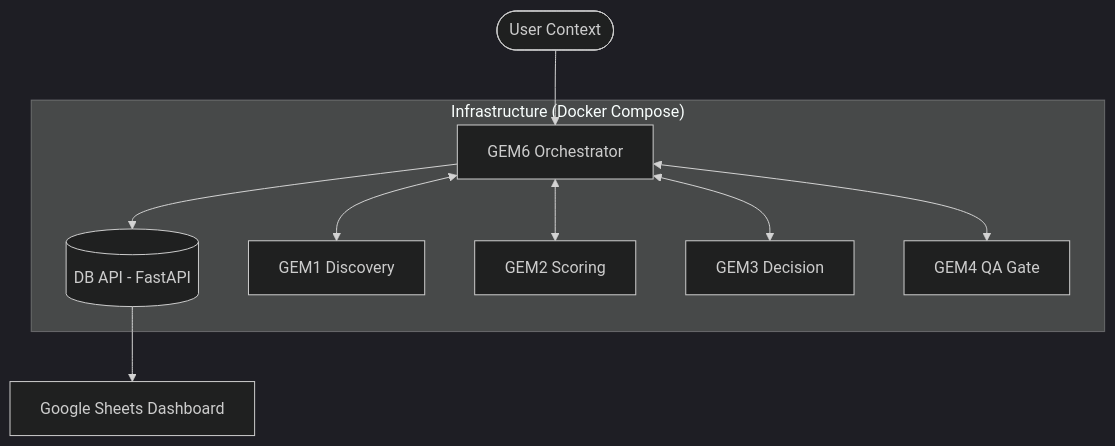
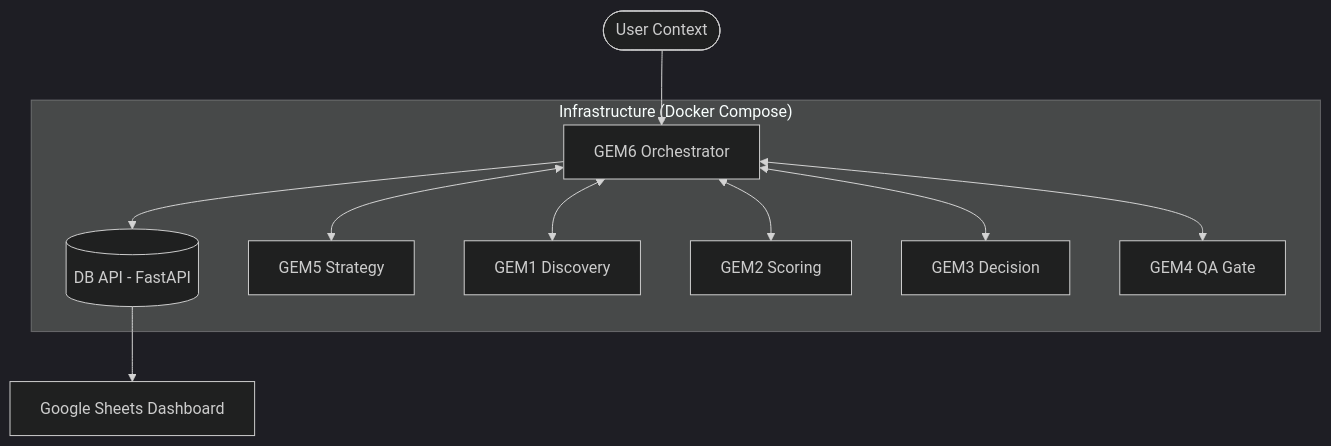
One commit to tomascarminatti-ux/raadbot changed the diagram in README.md. Above: the diagram before and after it, drawn with Mermaid (dark theme). The commit also changed other lines of this file and 1 other file, not shown here.

Commit message:
docs: add GEM 5 to diagram and repository structure

````diff
--- a/README.md
+++ b/README.md
@@ -15,19 +15,21 @@
 ```mermaid
 graph TD
     User([User Context]) --> GEM6[GEM6 Orchestrator]
     GEM6 --> DB[(DB API - FastAPI)]
+    GEM6 <--> GEM5[GEM5 Strategy]
     GEM6 <--> GEM1[GEM1 Discovery]
     GEM6 <--> GEM2[GEM2 Scoring]
     GEM6 <--> GEM3[GEM3 Decision]
     GEM6 <--> GEM4[GEM4 QA Gate]
     DB --> Sheets[Google Sheets Dashboard]
     
     subgraph "Infrastructure (Docker Compose)"
     GEM6
+    GEM5
     GEM1
     GEM2
     GEM3
     GEM4
     DB
     end
 ```
````
